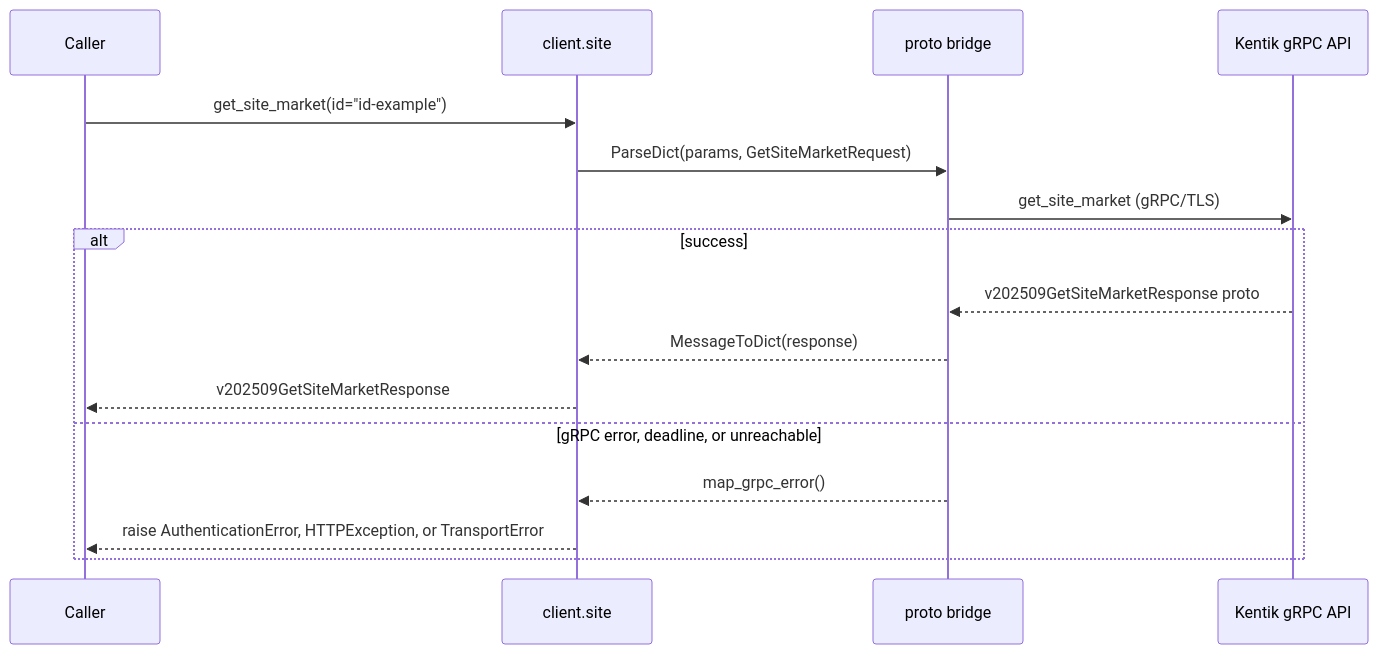
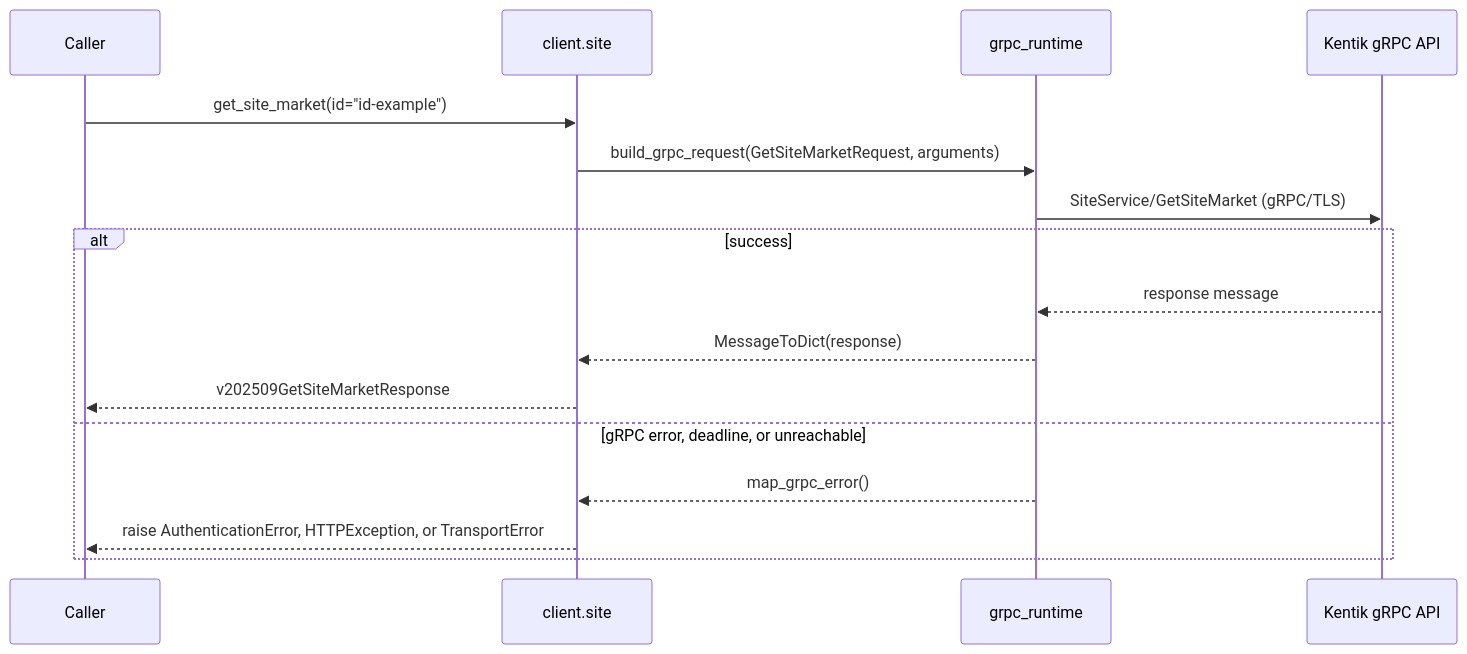
Before and after one commit to alexdearaujo/community_sdk_python: the seventh of 22 diagrams in docs/sphinx/services/site.md, drawn with Mermaid. The commit also changed other lines of this file and 37 other files, not shown here.

First line of the commit message:
docs: show the real RPC in each service page's gRPC diagram

````diff
--- a/docs/sphinx/services/site.md
+++ b/docs/sphinx/services/site.md
@@ -203,19 +203,19 @@
 ```mermaid
 sequenceDiagram
     participant C as Caller
     participant W as client.site
-    participant B as proto bridge
+    participant R as grpc_runtime
     participant API as Kentik gRPC API
 
     C->>W: get_site_market(id="id-example")
-    W->>B: ParseDict(params, GetSiteMarketRequest)
-    B->>API: get_site_market (gRPC/TLS)
+    W->>R: build_grpc_request(GetSiteMarketRequest, arguments)
+    R->>API: SiteService/GetSiteMarket (gRPC/TLS)
     alt success
-        API-->>B: v202509GetSiteMarketResponse proto
-        B-->>W: MessageToDict(response)
+        API-->>R: response message
+        R-->>W: MessageToDict(response)
         W-->>C: v202509GetSiteMarketResponse
     else gRPC error, deadline, or unreachable
-        B-->>W: map_grpc_error()
+        R-->>W: map_grpc_error()
         W-->>C: raise AuthenticationError, HTTPException, or TransportError
     end
 ```
````
